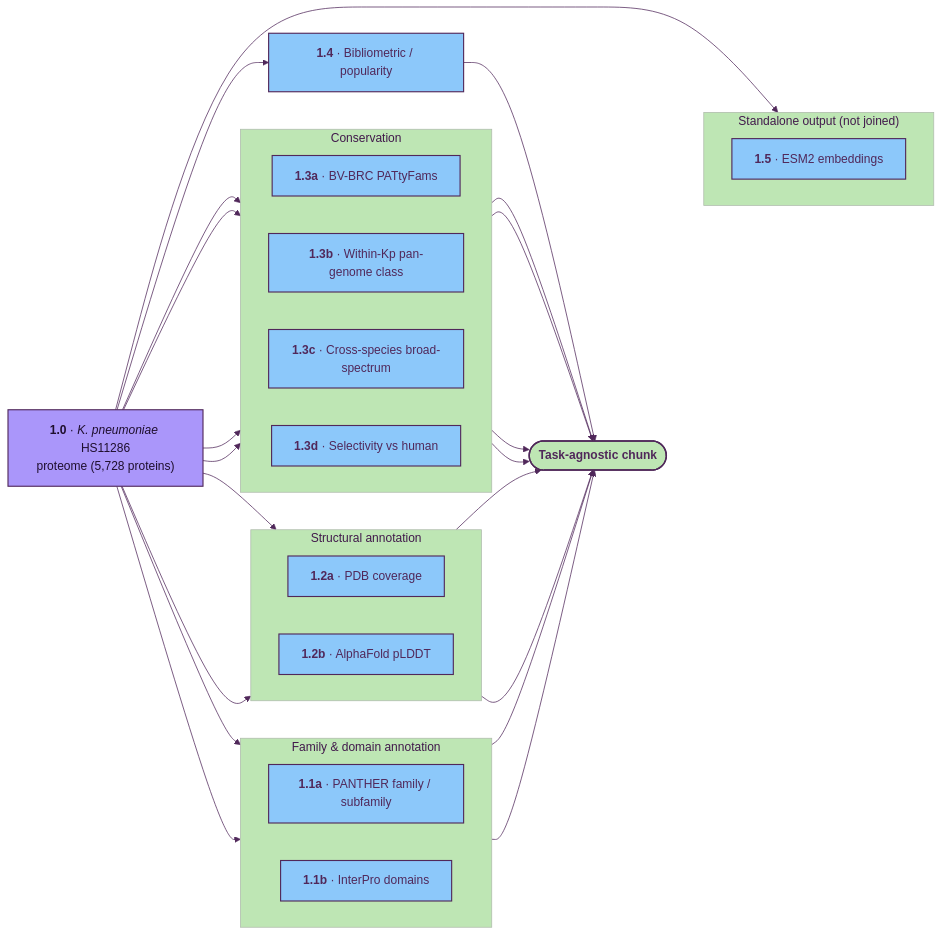
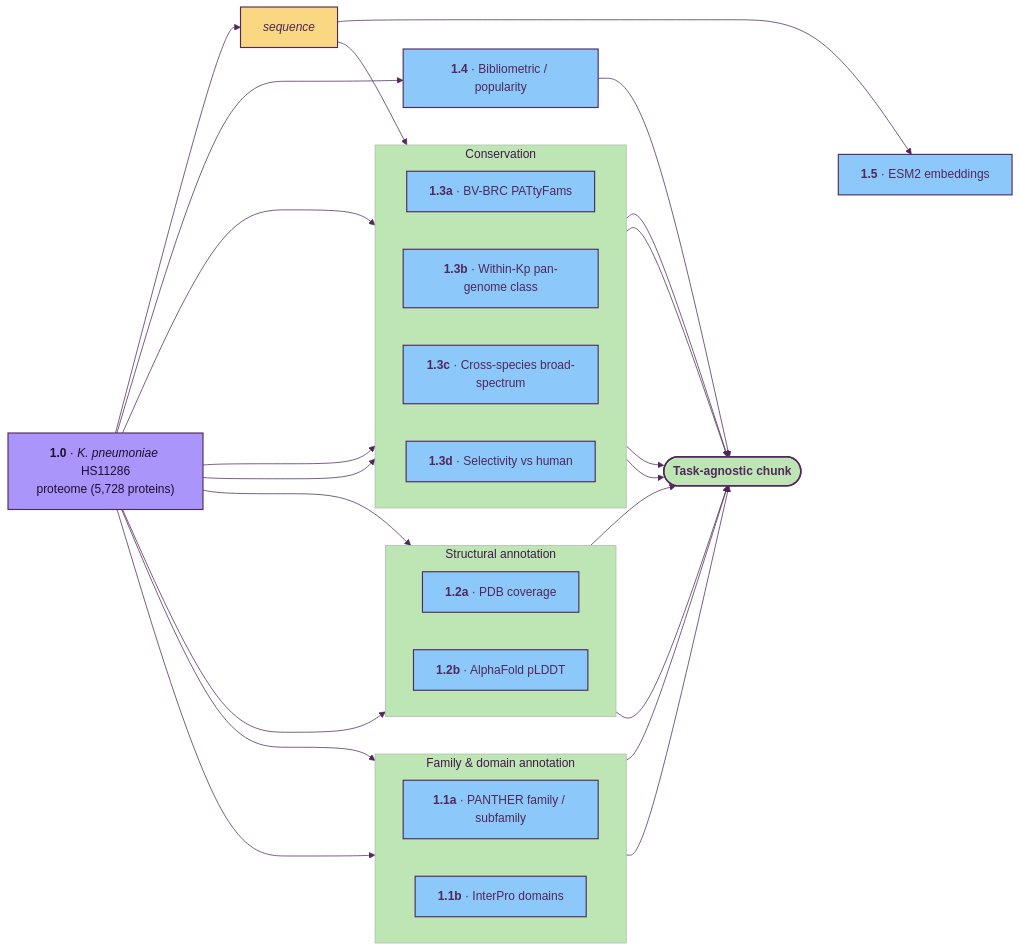
One commit to ersilia-os/gradi-target-prioritization changed the diagram in docs/01_task_agnostic.md. Above: the diagram before and after it, drawn with Mermaid.

Commit message:
diagramming

````diff
--- a/docs/01_task_agnostic.md
+++ b/docs/01_task_agnostic.md
@@ -18,60 +18,59 @@
 ```mermaid
 %%{init: {'theme':'base','themeVariables':{'primaryColor':'#FAD782','primaryBorderColor':'#50285A','primaryTextColor':'#50285A','lineColor':'#50285A','secondaryColor':'#8CC8FA','tertiaryColor':'#BEE6B4','fontFamily':'Inter, system-ui, sans-serif'}}}%%
 flowchart LR
     classDef source    fill:#AA96FA,stroke:#50285A,stroke-width:1.5px,color:#1F0F2E
     classDef dataset   fill:#FAD782,stroke:#50285A,stroke-width:1.5px,color:#50285A
     classDef method    fill:#8CC8FA,stroke:#50285A,stroke-width:1.5px,color:#50285A
     classDef result    fill:#BEE6B4,stroke:#50285A,stroke-width:2px,color:#50285A,font-weight:bold
     classDef tagnostic fill:#DCA0DC,stroke:#50285A,stroke-width:1.5px,color:#50285A
     classDef stub      fill:#FAA08C,stroke:#50285A,stroke-width:1.5px,stroke-dasharray:6 3,color:#50285A
     classDef planned   fill:#D2D2D0,stroke:#7A7A78,stroke-width:1px,stroke-dasharray:5 5,color:#5A5A58
 
     SRC["<b>1.0</b> · <i>K. pneumoniae</i> HS11286<br/>proteome (5,728 proteins)"]:::source
+    SEQ["<i>sequence</i>"]:::dataset
+    SRC --> SEQ
 
     subgraph FAMDOM [" Family &amp; domain annotation "]
         direction LR
         PAN["<b>1.1a</b> · PANTHER family / subfamily"]:::method
         INT["<b>1.1b</b> · InterPro domains"]:::method
     end
     SRC --> PAN
     SRC --> INT
 
     subgraph STRUC [" Structural annotation "]
         direction LR
         PDB["<b>1.2a</b> · PDB coverage"]:::method
         AF["<b>1.2b</b> · AlphaFold pLDDT"]:::method
     end
     SRC --> PDB
     SRC --> AF
 
     subgraph CONSERVE [" Conservation "]
         direction LR
         CONS_IDS["<b>1.3a</b> · BV-BRC PATtyFams"]:::method
         CONS_KP["<b>1.3b</b> · Within-Kp pan-genome class"]:::method
         CONS_XS["<b>1.3c</b> · Cross-species broad-spectrum"]:::method
         CONS_SEL["<b>1.3d</b> · Selectivity vs human"]:::method
     end
     SRC --> CONS_IDS
     SRC --> CONS_KP
     SRC --> CONS_XS
-    SRC --> CONS_SEL
+    SEQ --> CONS_SEL
 
     SRC --> POP["<b>1.4</b> · Bibliometric / popularity"]:::method
 
     PAN  --> T(["Task-agnostic chunk"]):::result
     INT  --> T
     PDB  --> T
     AF   --> T
     CONS_IDS --> T
     CONS_KP  --> T
     CONS_XS  --> T
     CONS_SEL --> T
     POP  --> T
 
-    subgraph STANDALONE [" Standalone output (not joined) "]
-        direction LR
-        ESM2["<b>1.5</b> · ESM2 embeddings"]:::method
-    end
-    SRC --> ESM2
+    ESM2["<b>1.5</b> · ESM2 embeddings"]:::method
+    SEQ --> ESM2
     T ~~~ ESM2
 ```
````
